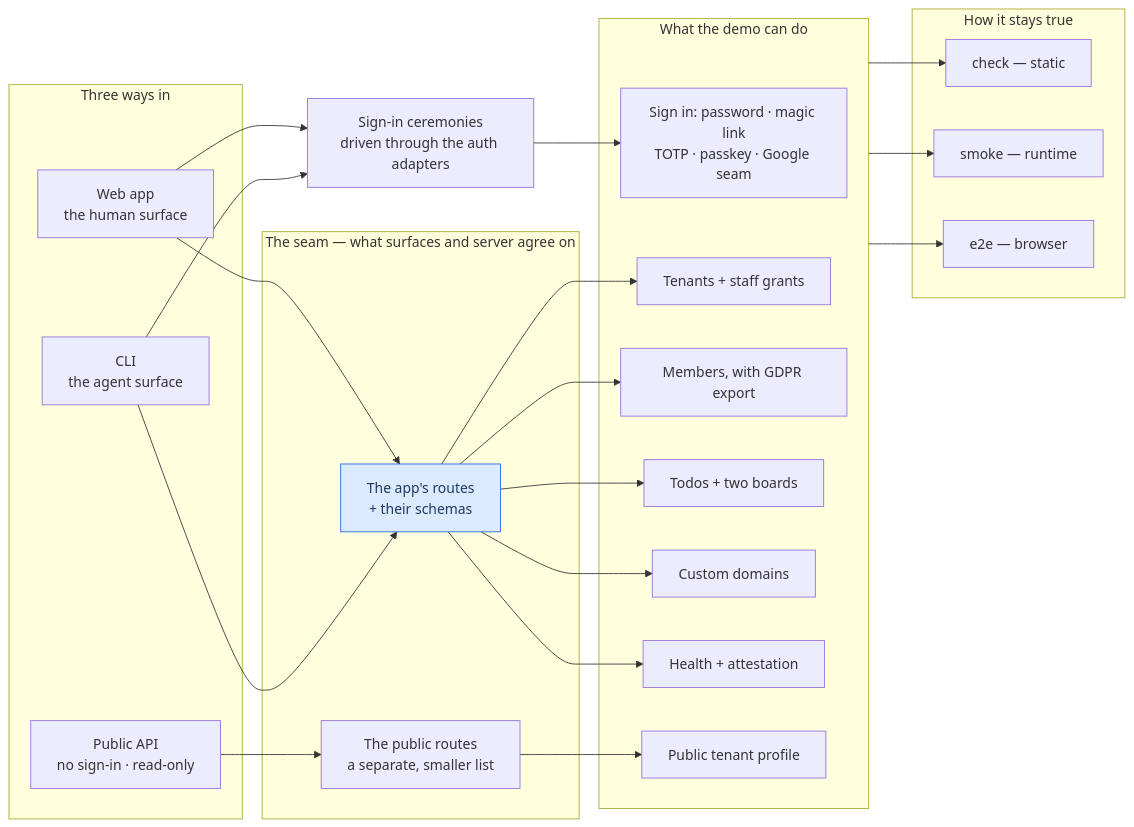
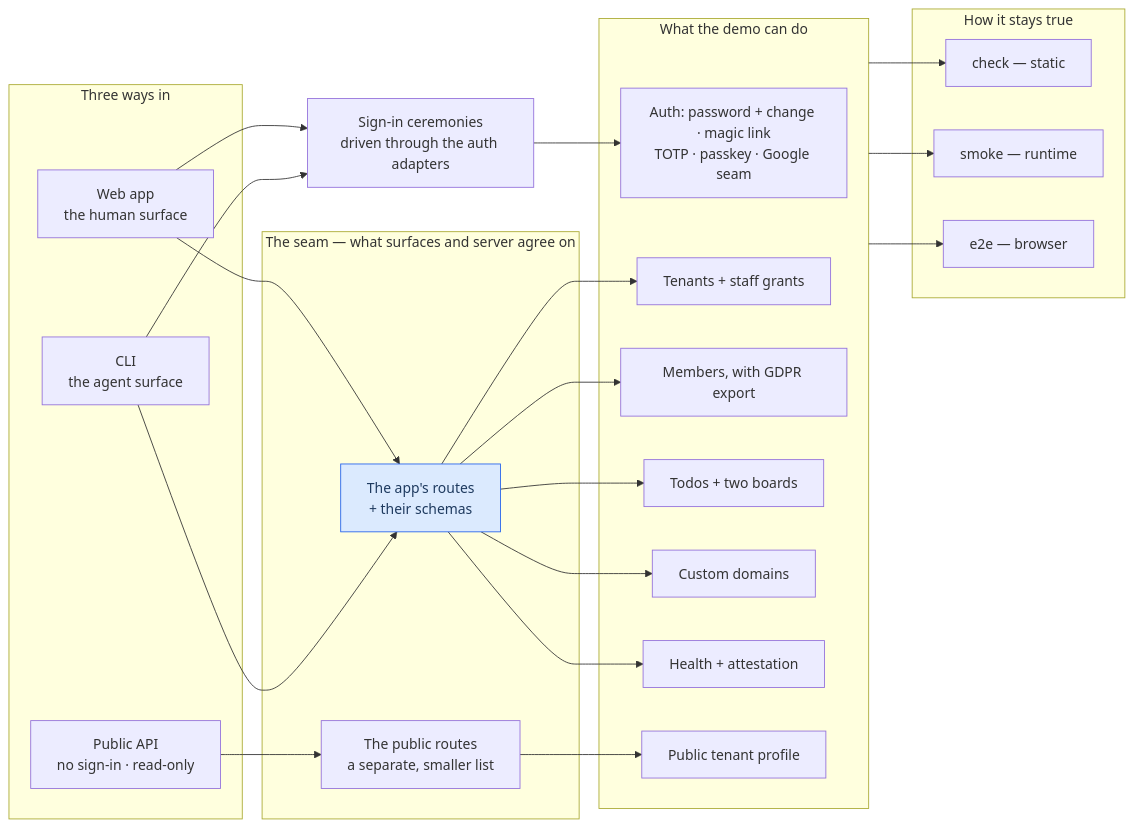
The first of 2 diagrams in website/docs/start/landing.md (chomamateusz/agentproofarch), drawn with Mermaid before and after one commit. The commit also changed other lines of this file and 24 other files, not shown here.

````diff
--- a/website/docs/start/landing.md
+++ b/website/docs/start/landing.md
@@ -118,51 +118,51 @@
 ```mermaid
 graph LR
   subgraph surfaces["Three ways in"]
     web["Web app<br/>the human surface"]
     cli["CLI<br/>the agent surface"]
     pub["Public API<br/>no sign-in · read-only"]
   end
 
   subgraph seam["The seam — what surfaces and server agree on"]
     routes["The app's routes<br/>+ their schemas"]
     publicRoutes["The public routes<br/>a separate, smaller list"]
   end
 
   authRoutes["Sign-in ceremonies<br/>driven through the auth adapters"]
 
   subgraph caps["What the demo can do"]
-    auth["Sign in: password · magic link<br/>TOTP · passkey · Google seam"]
+    auth["Auth: password + change · magic link<br/>TOTP · passkey · Google seam"]
     tenants["Tenants + staff grants"]
     members["Members, with GDPR export"]
     work["Todos + two boards"]
     domains["Custom domains"]
     health["Health + attestation"]
     profile["Public tenant profile"]
   end
 
   subgraph gates["How it stays true"]
     check["check — static"]
     smoke["smoke — runtime"]
     e2e["e2e — browser"]
   end
 
   web --> routes
   cli --> routes
   web --> authRoutes
   cli --> authRoutes
   pub --> publicRoutes
   authRoutes --> auth
   routes --> tenants
   routes --> members
   routes --> work
   routes --> domains
   routes --> health
   publicRoutes --> profile
 
   caps --> check
   caps --> smoke
   caps --> e2e
 
   classDef highlight fill:#dbeafe,stroke:#2563eb,color:#1e3a5f;
   class routes highlight;
 ```
````
